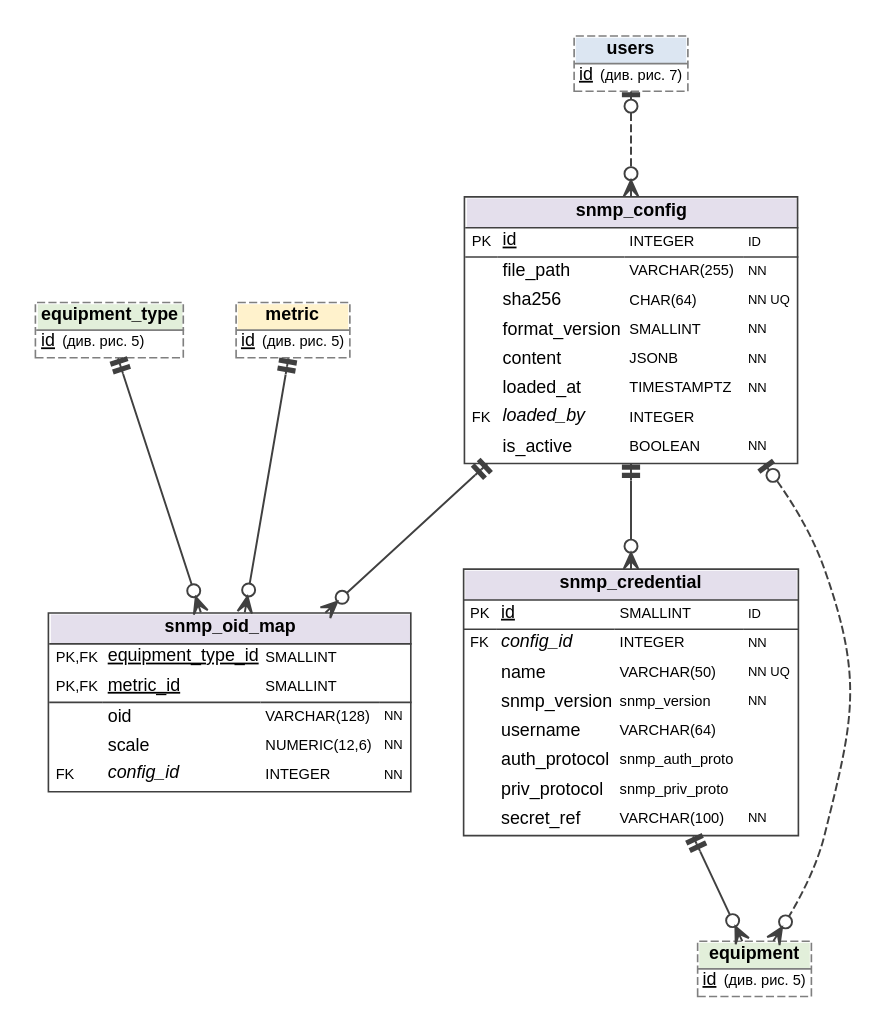
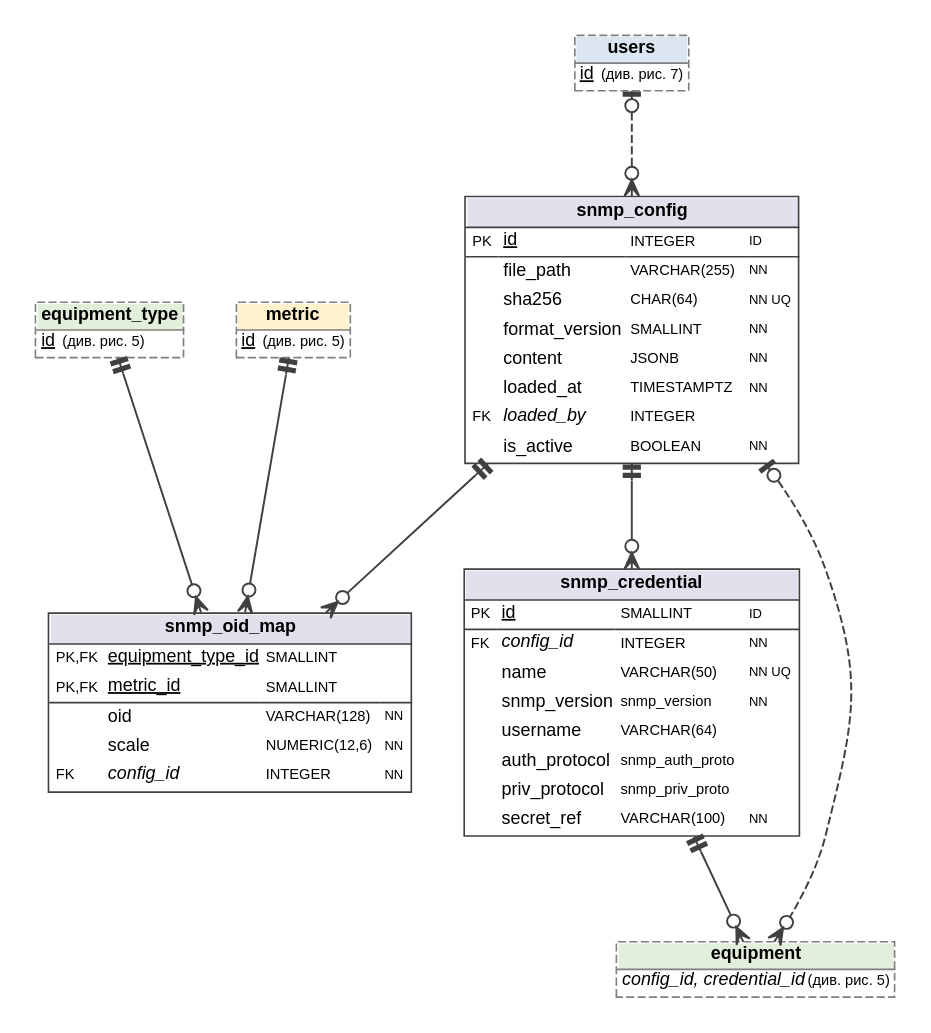
Before and after one commit to KrutoiPatsan13/laba1: the diagram in docs/diagrams/src/06_physical_snmp_config.dot, drawn with Graphviz. The commit also changed 65 other files, not shown here.

```diff
--- a/docs/diagrams/src/06_physical_snmp_config.dot
+++ b/docs/diagrams/src/06_physical_snmp_config.dot
@@ -1,19 +1,19 @@
 digraph G {
   graph [rankdir=TB, splines=true, nodesep=0.45, ranksep=0.9, fontname="Liberation Sans", pad=0.2, newrank=true];
   node [shape=plain, fontname="Liberation Sans", fontsize=11];
   edge [dir=both, color="#404040", penwidth=1.2, arrowsize=1.0];
   snmp_config [label=<<TABLE BORDER="1" CELLBORDER="0" CELLSPACING="0" CELLPADDING="3" COLOR="#404040"><TR><TD COLSPAN="4" BGCOLOR="#E4DFEC" ALIGN="CENTER"><B>snmp_config</B></TD></TR><HR/><TR><TD ALIGN="LEFT"><FONT POINT-SIZE="9">PK</FONT></TD><TD ALIGN="LEFT"><U>id</U></TD><TD ALIGN="LEFT"><FONT POINT-SIZE="9">INTEGER</FONT></TD><TD ALIGN="LEFT"><FONT POINT-SIZE="8">ID</FONT></TD></TR><HR/><TR><TD ALIGN="LEFT"> </TD><TD ALIGN="LEFT">file_path</TD><TD ALIGN="LEFT"><FONT POINT-SIZE="9">VARCHAR(255)</FONT></TD><TD ALIGN="LEFT"><FONT POINT-SIZE="8">NN</FONT></TD></TR><TR><TD ALIGN="LEFT"> </TD><TD ALIGN="LEFT">sha256</TD><TD ALIGN="LEFT"><FONT POINT-SIZE="9">CHAR(64)</FONT></TD><TD ALIGN="LEFT"><FONT POINT-SIZE="8">NN UQ</FONT></TD></TR><TR><TD ALIGN="LEFT"> </TD><TD ALIGN="LEFT">format_version</TD><TD ALIGN="LEFT"><FONT POINT-SIZE="9">SMALLINT</FONT></TD><TD ALIGN="LEFT"><FONT POINT-SIZE="8">NN</FONT></TD></TR><TR><TD ALIGN="LEFT"> </TD><TD ALIGN="LEFT">content</TD><TD ALIGN="LEFT"><FONT POINT-SIZE="9">JSONB</FONT></TD><TD ALIGN="LEFT"><FONT POINT-SIZE="8">NN</FONT></TD></TR><TR><TD ALIGN="LEFT"> </TD><TD ALIGN="LEFT">loaded_at</TD><TD ALIGN="LEFT"><FONT POINT-SIZE="9">TIMESTAMPTZ</FONT></TD><TD ALIGN="LEFT"><FONT POINT-SIZE="8">NN</FONT></TD></TR><TR><TD ALIGN="LEFT"><FONT POINT-SIZE="9">FK</FONT></TD><TD ALIGN="LEFT"><I>loaded_by</I></TD><TD ALIGN="LEFT"><FONT POINT-SIZE="9">INTEGER</FONT></TD><TD ALIGN="LEFT"> </TD></TR><TR><TD ALIGN="LEFT"> </TD><TD ALIGN="LEFT">is_active</TD><TD ALIGN="LEFT"><FONT POINT-SIZE="9">BOOLEAN</FONT></TD><TD ALIGN="LEFT"><FONT POINT-SIZE="8">NN</FONT></TD></TR></TABLE>>];
   snmp_credential [label=<<TABLE BORDER="1" CELLBORDER="0" CELLSPACING="0" CELLPADDING="3" COLOR="#404040"><TR><TD COLSPAN="4" BGCOLOR="#E4DFEC" ALIGN="CENTER"><B>snmp_credential</B></TD></TR><HR/><TR><TD ALIGN="LEFT"><FONT POINT-SIZE="9">PK</FONT></TD><TD ALIGN="LEFT"><U>id</U></TD><TD ALIGN="LEFT"><FONT POINT-SIZE="9">SMALLINT</FONT></TD><TD ALIGN="LEFT"><FONT POINT-SIZE="8">ID</FONT></TD></TR><HR/><TR><TD ALIGN="LEFT"><FONT POINT-SIZE="9">FK</FONT></TD><TD ALIGN="LEFT"><I>config_id</I></TD><TD ALIGN="LEFT"><FONT POINT-SIZE="9">INTEGER</FONT></TD><TD ALIGN="LEFT"><FONT POINT-SIZE="8">NN</FONT></TD></TR><TR><TD ALIGN="LEFT"> </TD><TD ALIGN="LEFT">name</TD><TD ALIGN="LEFT"><FONT POINT-SIZE="9">VARCHAR(50)</FONT></TD><TD ALIGN="LEFT"><FONT POINT-SIZE="8">NN UQ</FONT></TD></TR><TR><TD ALIGN="LEFT"> </TD><TD ALIGN="LEFT">snmp_version</TD><TD ALIGN="LEFT"><FONT POINT-SIZE="9">snmp_version</FONT></TD><TD ALIGN="LEFT"><FONT POINT-SIZE="8">NN</FONT></TD></TR><TR><TD ALIGN="LEFT"> </TD><TD ALIGN="LEFT">username</TD><TD ALIGN="LEFT"><FONT POINT-SIZE="9">VARCHAR(64)</FONT></TD><TD ALIGN="LEFT"> </TD></TR><TR><TD ALIGN="LEFT"> </TD><TD ALIGN="LEFT">auth_protocol</TD><TD ALIGN="LEFT"><FONT POINT-SIZE="9">snmp_auth_proto</FONT></TD><TD ALIGN="LEFT"> </TD></TR><TR><TD ALIGN="LEFT"> </TD><TD ALIGN="LEFT">priv_protocol</TD><TD ALIGN="LEFT"><FONT POINT-SIZE="9">snmp_priv_proto</FONT></TD><TD ALIGN="LEFT"> </TD></TR><TR><TD ALIGN="LEFT"> </TD><TD ALIGN="LEFT">secret_ref</TD><TD ALIGN="LEFT"><FONT POINT-SIZE="9">VARCHAR(100)</FONT></TD><TD ALIGN="LEFT"><FONT POINT-SIZE="8">NN</FONT></TD></TR></TABLE>>];
   snmp_oid_map [label=<<TABLE BORDER="1" CELLBORDER="0" CELLSPACING="0" CELLPADDING="3" COLOR="#404040"><TR><TD COLSPAN="4" BGCOLOR="#E4DFEC" ALIGN="CENTER"><B>snmp_oid_map</B></TD></TR><HR/><TR><TD ALIGN="LEFT"><FONT POINT-SIZE="9">PK,FK</FONT></TD><TD ALIGN="LEFT"><U>equipment_type_id</U></TD><TD ALIGN="LEFT"><FONT POINT-SIZE="9">SMALLINT</FONT></TD><TD ALIGN="LEFT"> </TD></TR><TR><TD ALIGN="LEFT"><FONT POINT-SIZE="9">PK,FK</FONT></TD><TD ALIGN="LEFT"><U>metric_id</U></TD><TD ALIGN="LEFT"><FONT POINT-SIZE="9">SMALLINT</FONT></TD><TD ALIGN="LEFT"> </TD></TR><HR/><TR><TD ALIGN="LEFT"> </TD><TD ALIGN="LEFT">oid</TD><TD ALIGN="LEFT"><FONT POINT-SIZE="9">VARCHAR(128)</FONT></TD><TD ALIGN="LEFT"><FONT POINT-SIZE="8">NN</FONT></TD></TR><TR><TD ALIGN="LEFT"> </TD><TD ALIGN="LEFT">scale</TD><TD ALIGN="LEFT"><FONT POINT-SIZE="9">NUMERIC(12,6)</FONT></TD><TD ALIGN="LEFT"><FONT POINT-SIZE="8">NN</FONT></TD></TR><TR><TD ALIGN="LEFT"><FONT POINT-SIZE="9">FK</FONT></TD><TD ALIGN="LEFT"><I>config_id</I></TD><TD ALIGN="LEFT"><FONT POINT-SIZE="9">INTEGER</FONT></TD><TD ALIGN="LEFT"><FONT POINT-SIZE="8">NN</FONT></TD></TR></TABLE>>];
   users [label=<<TABLE BORDER="1" CELLBORDER="0" CELLSPACING="0" CELLPADDING="2" COLOR="#7F7F7F" STYLE="dashed"><TR><TD BGCOLOR="#DCE6F2"><B>users</B></TD></TR><HR/><TR><TD ALIGN="LEFT"><U>id</U> <FONT POINT-SIZE="9">(див. рис. 7)</FONT></TD></TR></TABLE>>];
   equipment_type [label=<<TABLE BORDER="1" CELLBORDER="0" CELLSPACING="0" CELLPADDING="2" COLOR="#7F7F7F" STYLE="dashed"><TR><TD BGCOLOR="#E2EFDA"><B>equipment_type</B></TD></TR><HR/><TR><TD ALIGN="LEFT"><U>id</U> <FONT POINT-SIZE="9">(див. рис. 5)</FONT></TD></TR></TABLE>>];
   metric [label=<<TABLE BORDER="1" CELLBORDER="0" CELLSPACING="0" CELLPADDING="2" COLOR="#7F7F7F" STYLE="dashed"><TR><TD BGCOLOR="#FFF2CC"><B>metric</B></TD></TR><HR/><TR><TD ALIGN="LEFT"><U>id</U> <FONT POINT-SIZE="9">(див. рис. 5)</FONT></TD></TR></TABLE>>];
-  equipment [label=<<TABLE BORDER="1" CELLBORDER="0" CELLSPACING="0" CELLPADDING="2" COLOR="#7F7F7F" STYLE="dashed"><TR><TD BGCOLOR="#E2EFDA"><B>equipment</B></TD></TR><HR/><TR><TD ALIGN="LEFT"><U>id</U> <FONT POINT-SIZE="9">(див. рис. 5)</FONT></TD></TR></TABLE>>];
+  equipment [label=<<TABLE BORDER="1" CELLBORDER="0" CELLSPACING="0" CELLPADDING="2" COLOR="#7F7F7F" STYLE="dashed"><TR><TD BGCOLOR="#E2EFDA"><B>equipment</B></TD></TR><HR/><TR><TD ALIGN="LEFT"><I>config_id, credential_id</I> <FONT POINT-SIZE="9">(див. рис. 5)</FONT></TD></TR></TABLE>>];
   users -> snmp_config [arrowtail=teeodot, arrowhead=crowodot, style=dashed];
   snmp_config -> snmp_credential [arrowtail=teetee, arrowhead=crowodot, style=solid];
   snmp_config -> snmp_oid_map [arrowtail=teetee, arrowhead=crowodot, style=solid];
   metric -> snmp_oid_map [arrowtail=teetee, arrowhead=crowodot, style=solid];
   equipment_type -> snmp_oid_map [arrowtail=teetee, arrowhead=crowodot, style=solid];
   snmp_config -> equipment [arrowtail=teeodot, arrowhead=crowodot, style=dashed];
   snmp_credential -> equipment [arrowtail=teetee, arrowhead=crowodot, style=solid];
 }
```
